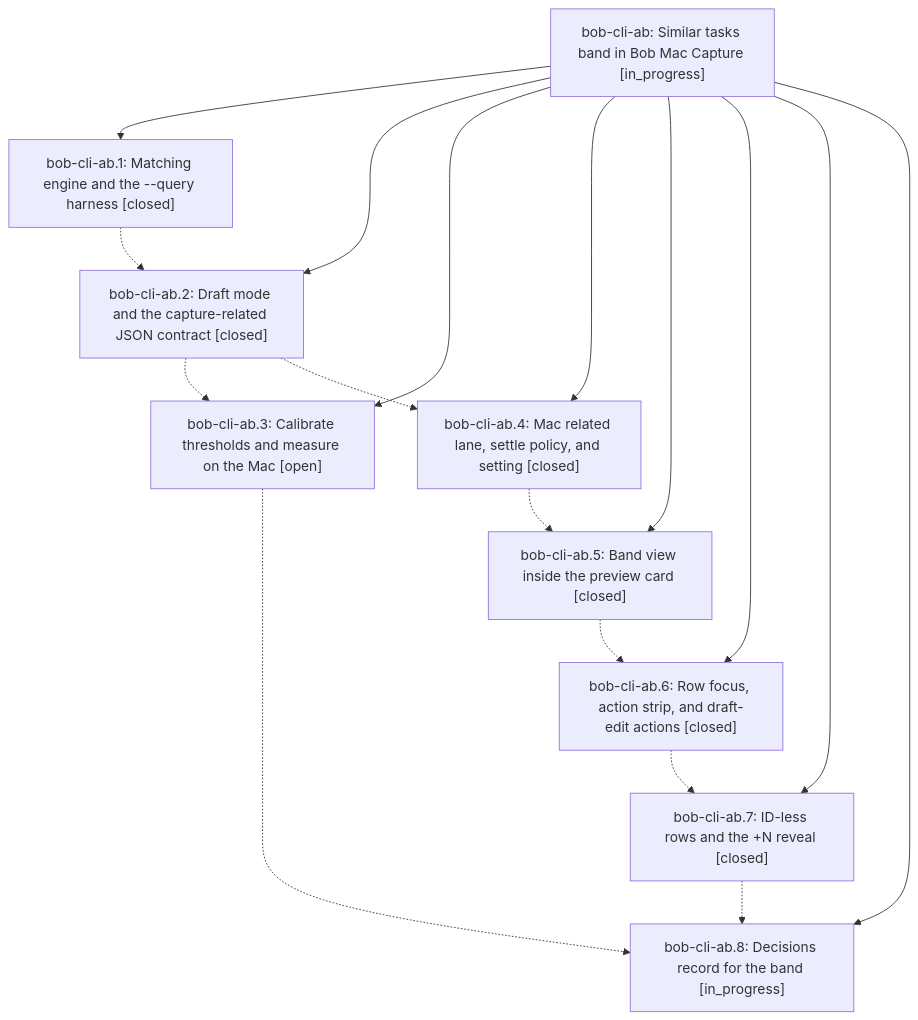
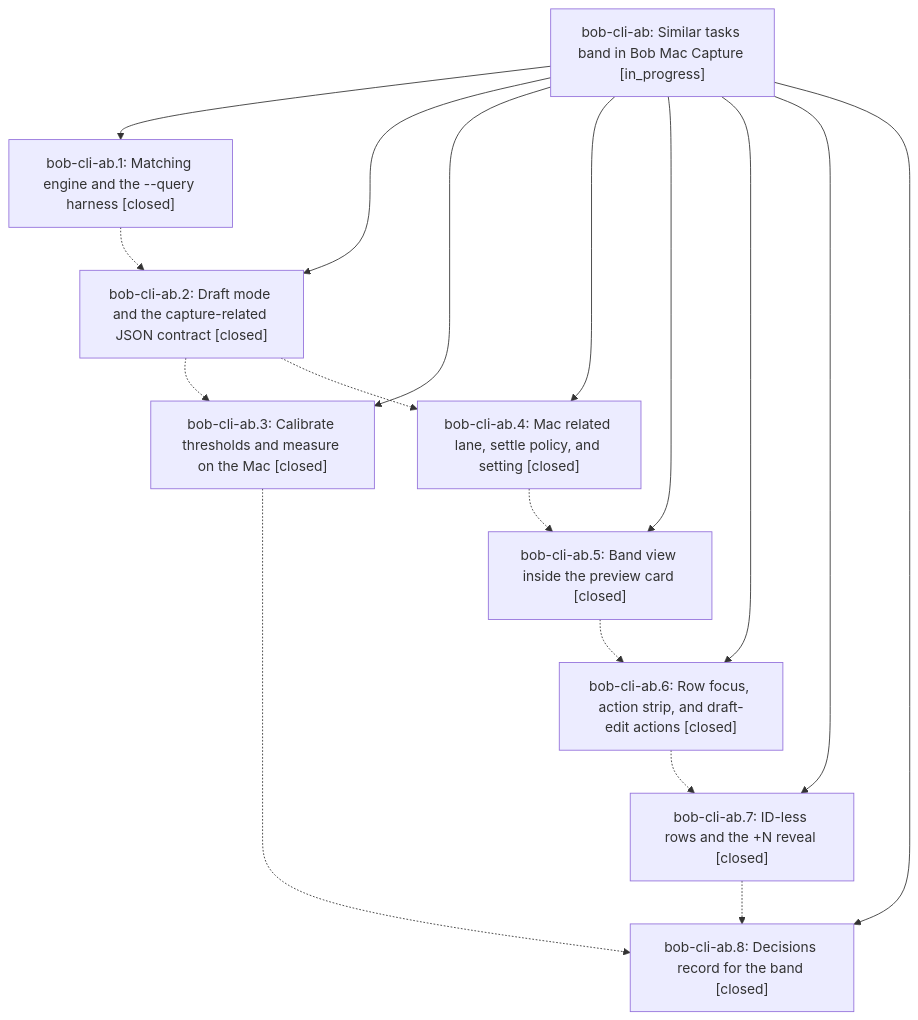
One commit to bobs-org/bob-cli--beads changed the diagram in pages/bob-cli-ab/README.md. Above: the diagram before and after it, drawn with Mermaid. The commit also changed other lines of this file and 7 other files, not shown here.

First line of the commit message:
chore(beads): sync bead state and pages for bob-cli-ab

````diff
--- a/pages/bob-cli-ab/README.md
+++ b/pages/bob-cli-ab/README.md
@@ -43,28 +43,28 @@
 ```mermaid
 flowchart TD
     n0["bob-cli-ab: Similar tasks band in Bob Mac Capture [in_progress]"]
     n1["bob-cli-ab.1: Matching engine and the --query harness [closed]"]
     n2["bob-cli-ab.2: Draft mode and the capture-related JSON contract [closed]"]
-    n3["bob-cli-ab.3: Calibrate thresholds and measure on the Mac [open]"]
+    n3["bob-cli-ab.3: Calibrate thresholds and measure on the Mac [closed]"]
     n4["bob-cli-ab.4: Mac related lane, settle policy, and setting [closed]"]
     n5["bob-cli-ab.5: Band view inside the preview card [closed]"]
     n6["bob-cli-ab.6: Row focus, action strip, and draft-edit actions [closed]"]
     n7["bob-cli-ab.7: ID-less rows and the +N reveal [closed]"]
-    n8["bob-cli-ab.8: Decisions record for the band [in_progress]"]
+    n8["bob-cli-ab.8: Decisions record for the band [closed]"]
     n0 --> n1
     n0 --> n2
     n0 --> n3
     n0 --> n4
     n0 --> n5
     n0 --> n6
     n0 --> n7
     n0 --> n8
     n1 -.-> n2
     n2 -.-> n3
     n2 -.-> n4
     n3 -.-> n8
     n4 -.-> n5
     n5 -.-> n6
     n6 -.-> n7
     n7 -.-> n8
 ```
````
